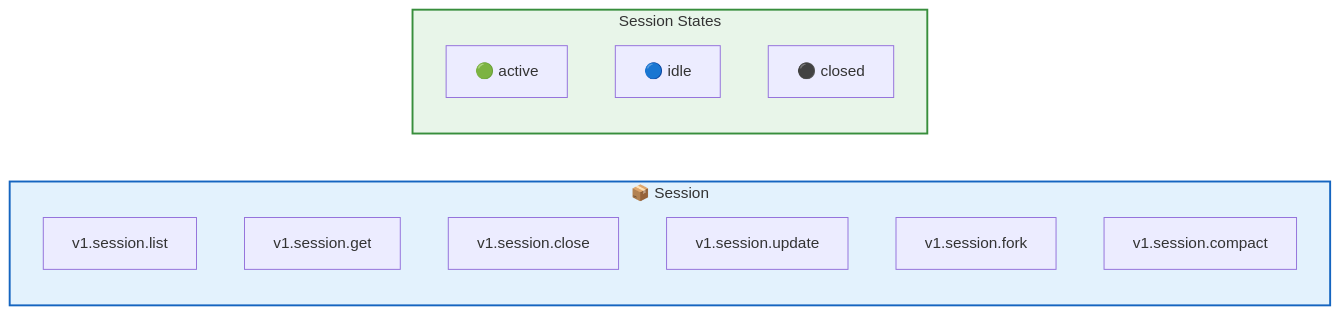
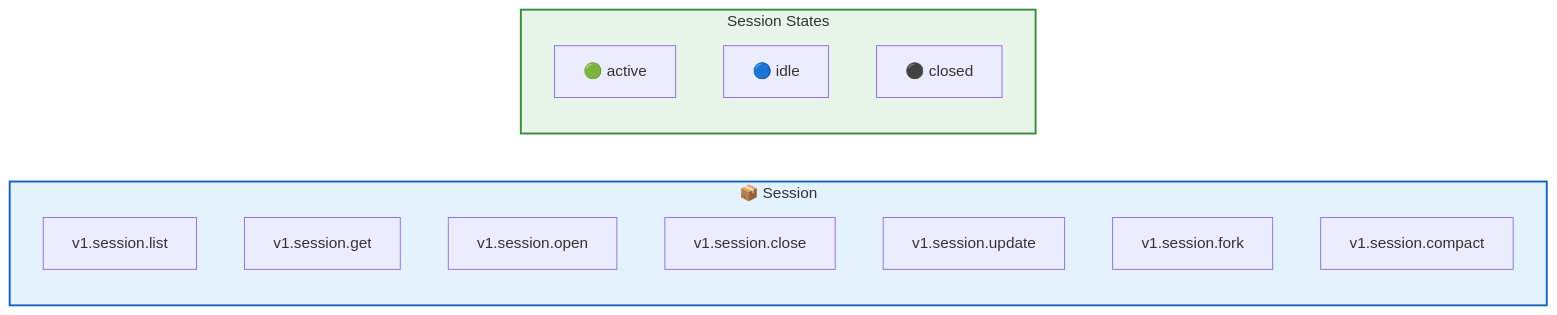
One commit to rtc-agent/docs changed the second of 7 diagrams in src/content/docs/en/protocol/rpc.md. Above: the diagram before and after it, drawn with Mermaid. The commit also changed other lines of this file and 13 other files, not shown here.

````diff
--- a/src/content/docs/en/protocol/rpc.md
+++ b/src/content/docs/en/protocol/rpc.md
@@ -58,22 +58,23 @@
 ```mermaid
 flowchart LR
     subgraph SESSION["📦 Session"]
         direction TB
         S1["v1.session.list"]
         S2["v1.session.get"]
-        S3["v1.session.close"]
-        S4["v1.session.update"]
-        S5["v1.session.fork"]
-        S6["v1.session.compact"]
+        S3["v1.session.open"]
+        S4["v1.session.close"]
+        S5["v1.session.update"]
+        S6["v1.session.fork"]
+        S7["v1.session.compact"]
     end
 
     subgraph STATUS["Session States"]
         direction TB
         ST1["🟢 active"]
         ST2["🔵 idle"]
         ST3["⚫ closed"]
     end
 
     style SESSION fill:#e3f2fd,stroke:#1565c0,stroke-width:2px
     style STATUS fill:#e8f5e9,stroke:#388e3c,stroke-width:2px
 ```
````
